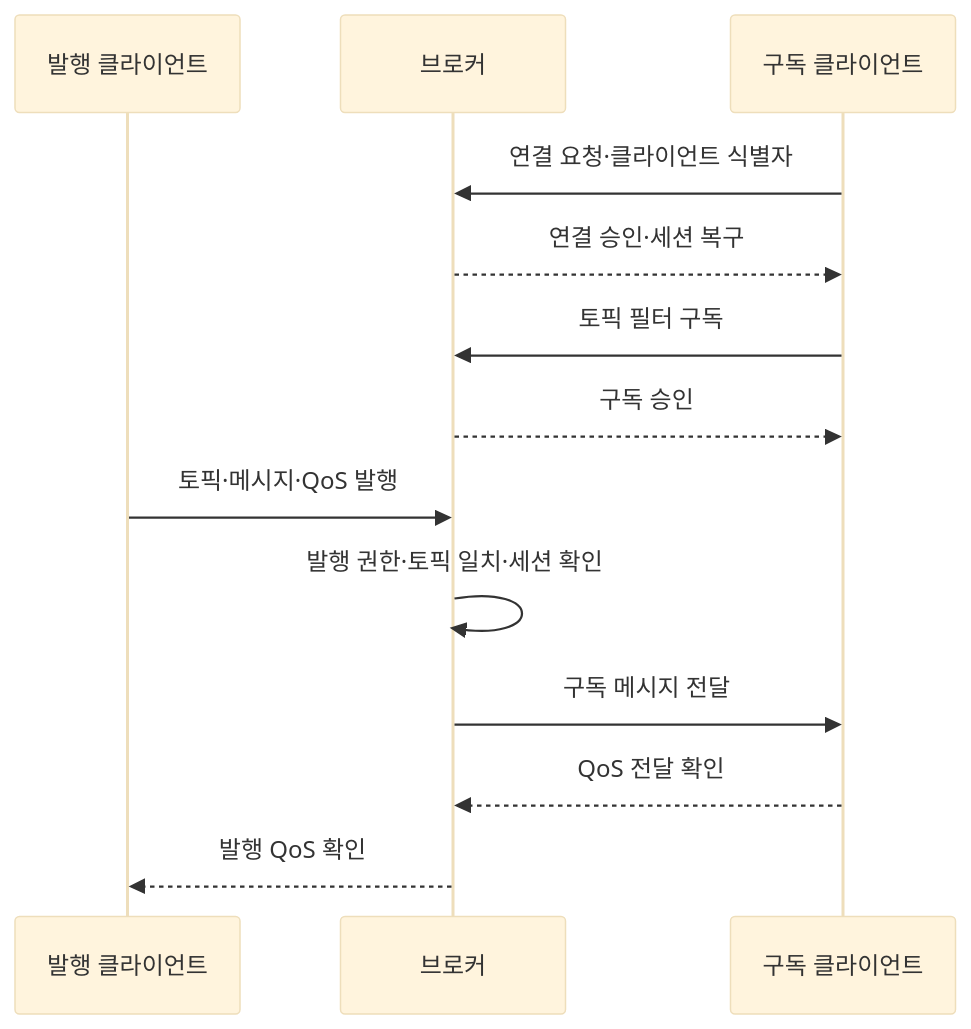
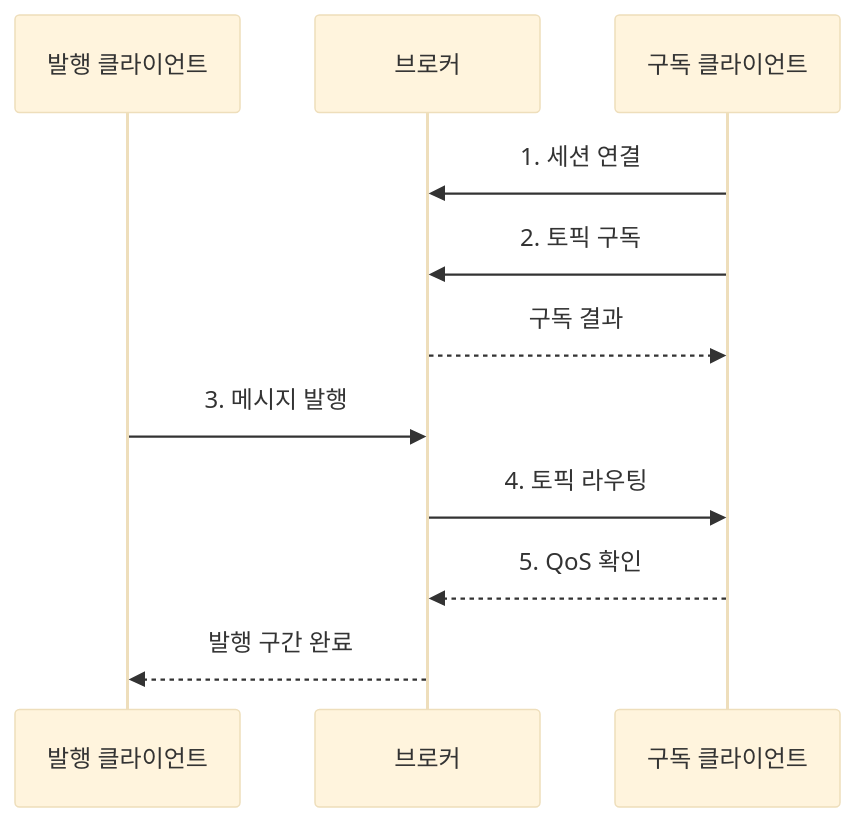
Before and after one commit to agnusdei1207/knowledge-base: the second of 2 diagrams in src/content/docs/notes/04-network/078_mqtt.md, drawn with Mermaid (base theme). The commit also changed other lines of this file and 11 other files, not shown here.

````diff
--- a/src/content/docs/notes/04-network/078_mqtt.md
+++ b/src/content/docs/notes/04-network/078_mqtt.md
@@ -89,15 +84,13 @@
 ```mermaid
 sequenceDiagram
     participant P as 발행 클라이언트
     participant B as 브로커
     participant S as 구독 클라이언트
-    S->>B: 연결 요청·클라이언트 식별자
-    B-->>S: 연결 승인·세션 복구
-    S->>B: 토픽 필터 구독
-    B-->>S: 구독 승인
-    P->>B: 토픽·메시지·QoS 발행
-    B->>B: 발행 권한·토픽 일치·세션 확인
-    B->>S: 구독 메시지 전달
-    S-->>B: QoS 전달 확인
-    B-->>P: 발행 QoS 확인
+    S->>B: 1. 세션 연결
+    S->>B: 2. 토픽 구독
+    B-->>S: 구독 결과
+    P->>B: 3. 메시지 발행
+    B->>S: 4. 토픽 라우팅
+    S-->>B: 5. QoS 확인
+    B-->>P: 발행 구간 완료
 ```
````
